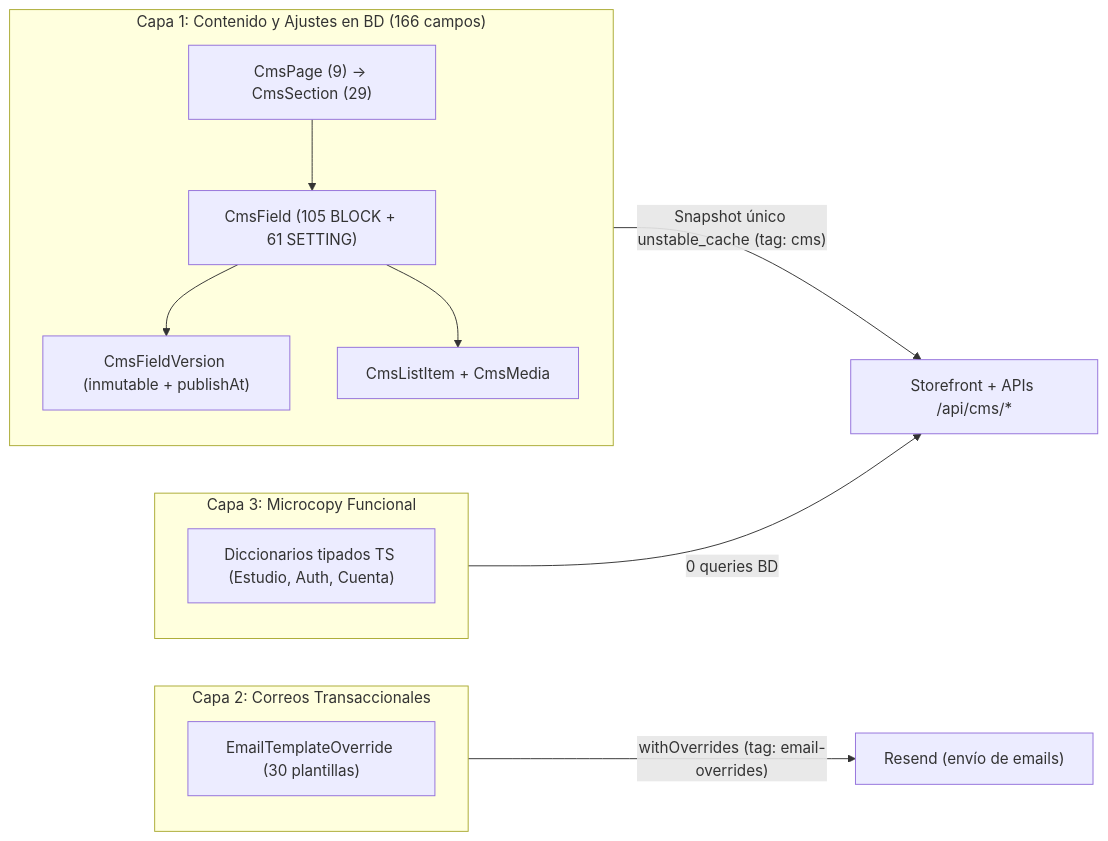
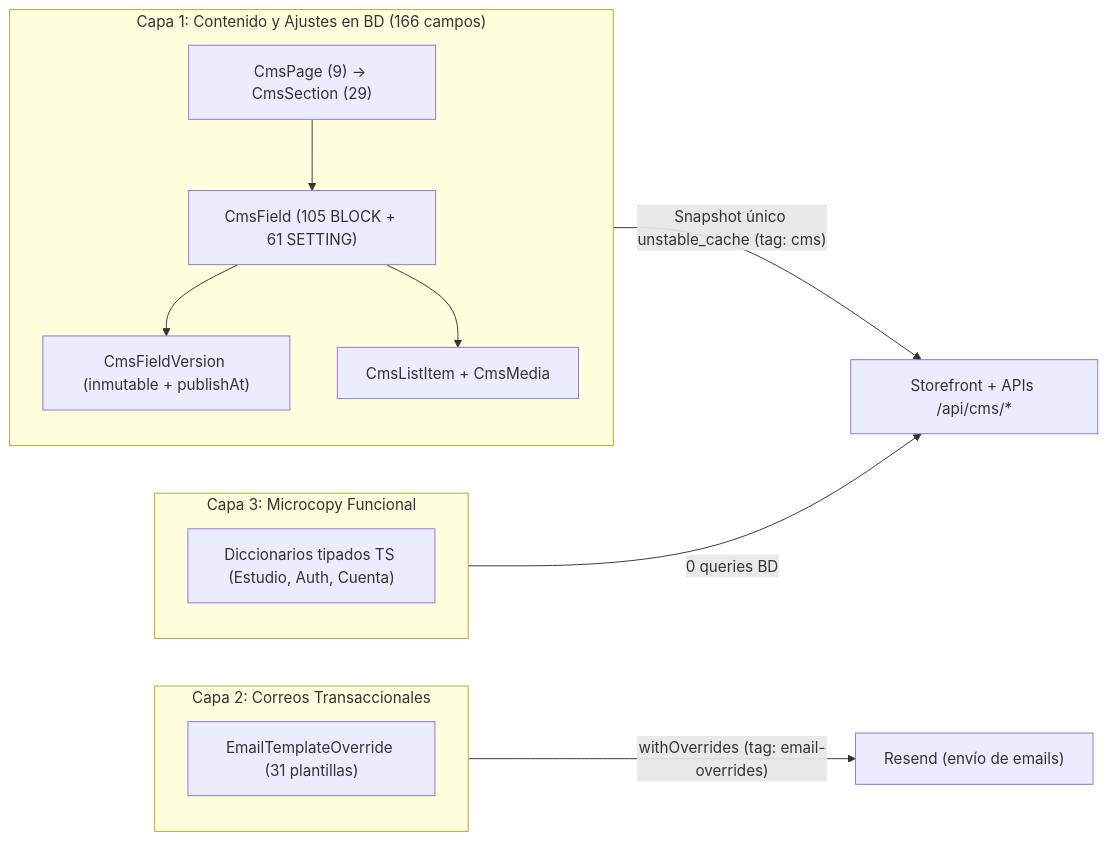
One commit to jullieth93/lucams changed the second of 2 diagrams in docs/domains/catalog-and-cms.md. Above: the diagram before and after it, drawn with Mermaid. The commit also changed other lines of this file and 28 other files, not shown here.

````diff
--- a/docs/domains/catalog-and-cms.md
+++ b/docs/domains/catalog-and-cms.md
@@ -69,17 +69,17 @@
 ```mermaid
 flowchart LR
   subgraph L1["Capa 1: Contenido y Ajustes en BD (166 campos)"]
     P["CmsPage (9) -> CmsSection (29)"] --> F["CmsField (105 BLOCK + 61 SETTING)"]
     F --> V["CmsFieldVersion (inmutable + publishAt)"]
     F --> LI["CmsListItem + CmsMedia"]
   end
   subgraph L2["Capa 2: Correos Transaccionales"]
-    EM["EmailTemplateOverride (30 plantillas)"]
+    EM["EmailTemplateOverride (31 plantillas)"]
   end
   subgraph L3["Capa 3: Microcopy Funcional"]
     TS["Diccionarios tipados TS (Estudio, Auth, Cuenta)"]
   end
   L1 -->|"Snapshot único unstable_cache (tag: cms)"| SF["Storefront + APIs /api/cms/*"]
   L2 -->|"withOverrides (tag: email-overrides)"| RS["Resend (envío de emails)"]
   L3 -->|"0 queries BD"| SF
 ```
````
